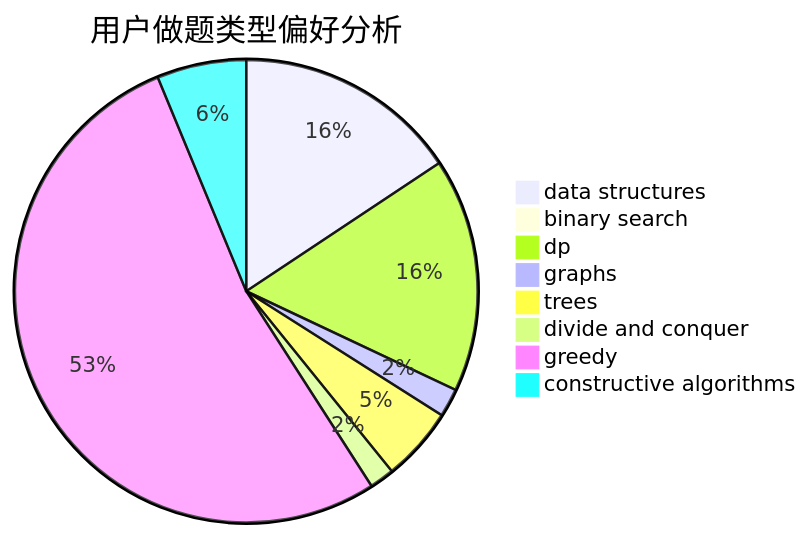
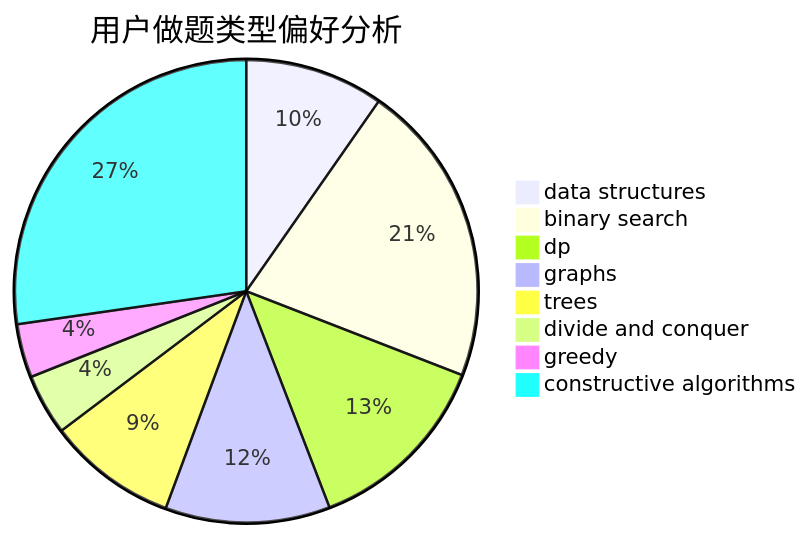
One commit to sherpahu/cfrs.github.io changed the second of 3 diagrams in docs/user/u1580.md. Above: the diagram before and after it, drawn with Mermaid. The commit also changed other lines of this file and 2770 other files, not shown here.

````diff
--- a/docs/user/u1580.md
+++ b/docs/user/u1580.md
@@ -23,11 +23,11 @@
 ```mermaid
 pie title 用户做题类型偏好分析
-    "data structures" :  118
-    "binary search" :  0
-    "dp" :  123
-    "graphs" :  15
-    "trees" :  39
-    "divide and conquer" :  13
-    "greedy" :  398
-    "constructive algorithms" :  47
+    "data structures" :  150
+    "binary search" :  328
+    "dp" :  205
+    "graphs" :  178
+    "trees" :  140
+    "divide and conquer" :  66
+    "greedy" :  58
+    "constructive algorithms" :  422
 ```
````
